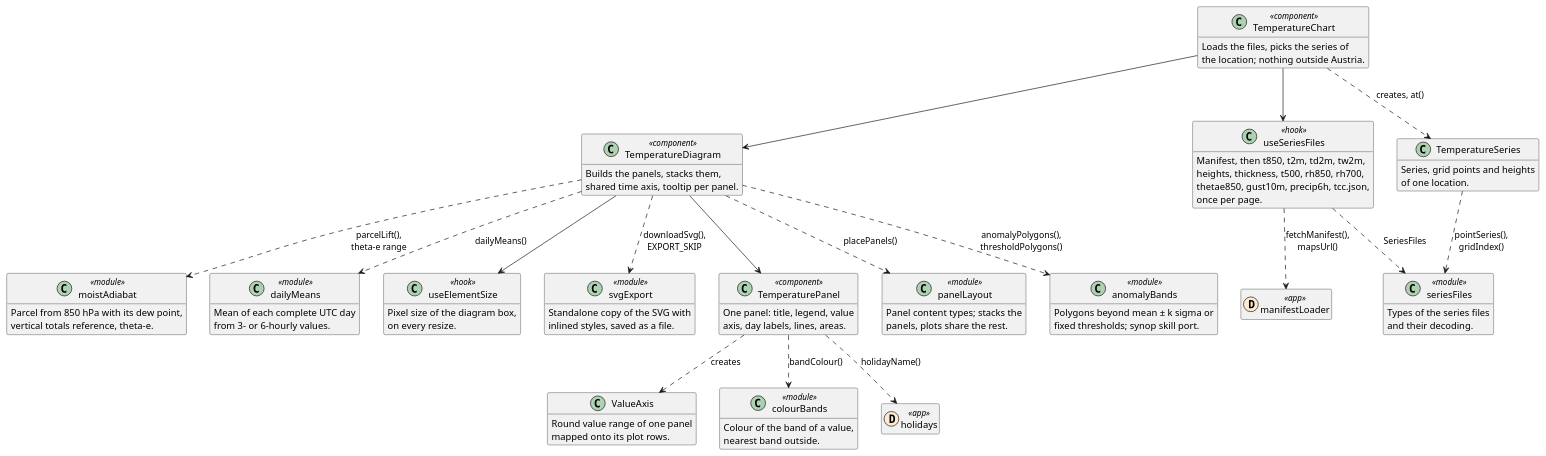
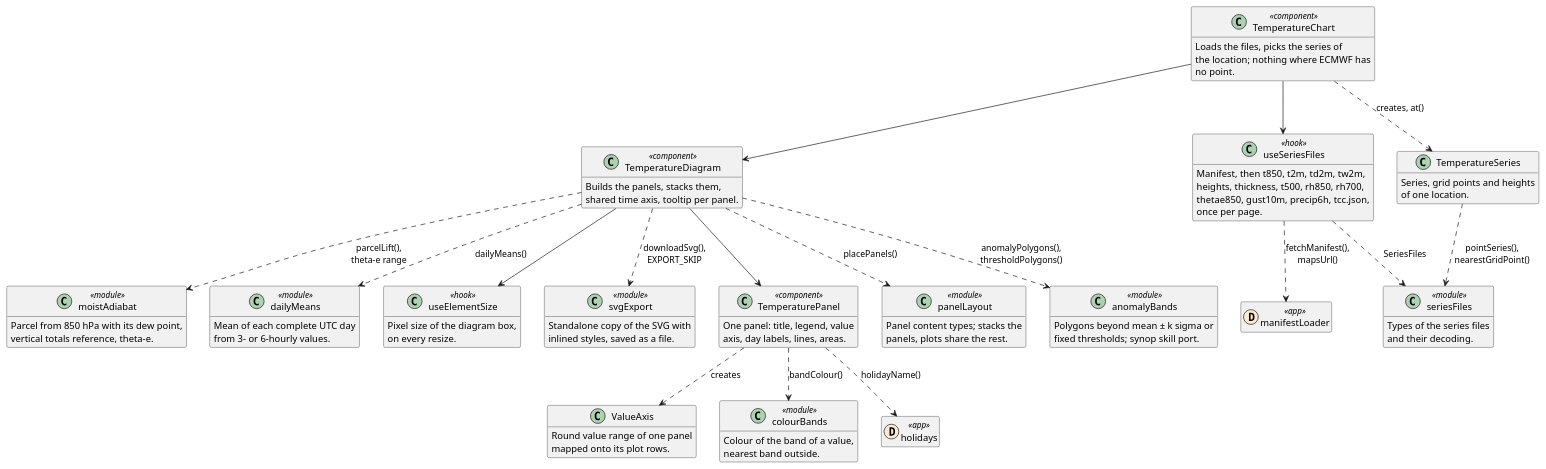
One commit to schletz/wetterkartenviewer changed the second of 4 diagrams in REFERENCE.webapp.md. Above: the diagram before and after it, drawn with PlantUML. The commit also changed other lines of this file and 10 other files, not shown here.

First line of the commit message:
Extend the ECMWF series to Austria and Hungary [skip ci]

````diff
--- a/REFERENCE.webapp.md
+++ b/REFERENCE.webapp.md
@@ -173,81 +173,82 @@
 ```plantuml
 @startuml temperature
 hide empty members
 class TemperatureChart <<component>> {
  Loads the files, picks the series of
- the location; nothing outside Austria.
+ the location; nothing where ECMWF has
+ no point.
 }
 class TemperatureDiagram <<component>> {
  Builds the panels, stacks them,
  shared time axis, tooltip per panel.
 }
 class TemperaturePanel <<component>> {
  One panel: title, legend, value
  axis, day labels, lines, areas.
 }
 class useSeriesFiles <<hook>> {
  Manifest, then t850, t2m, td2m, tw2m,
  heights, thickness, t500, rh850, rh700,
  thetae850, gust10m, precip6h, tcc.json,
  once per page.
 }
 class TemperatureSeries {
  Series, grid points and heights
  of one location.
 }
 class panelLayout <<module>> {
  Panel content types; stacks the
  panels, plots share the rest.
 }
 class ValueAxis {
  Round value range of one panel
  mapped onto its plot rows.
 }
 class anomalyBands <<module>> {
  Polygons beyond mean ± k sigma or
  fixed thresholds; synop skill port.
 }
 class moistAdiabat <<module>> {
  Parcel from 850 hPa with its dew point,
  vertical totals reference, theta-e.
 }
 class dailyMeans <<module>> {
  Mean of each complete UTC day
  from 3- or 6-hourly values.
 }
 class colourBands <<module>> {
  Colour of the band of a value,
  nearest band outside.
 }
 class seriesFiles <<module>> {
  Types of the series files
  and their decoding.
 }
 class useElementSize <<hook>> {
  Pixel size of the diagram box,
  on every resize.
 }
 class svgExport <<module>> {
  Standalone copy of the SVG with
  inlined styles, saved as a file.
 }
 class manifestLoader << (D,#fdebd1) app >>
 class holidays << (D,#fdebd1) app >>
 TemperatureChart --> useSeriesFiles
 TemperatureChart ..> TemperatureSeries : creates, at()
 TemperatureChart --> TemperatureDiagram
 useSeriesFiles ..> manifestLoader : fetchManifest(),\nmapsUrl()
 useSeriesFiles ..> seriesFiles : SeriesFiles
-TemperatureSeries ..> seriesFiles : pointSeries(),\ngridIndex()
+TemperatureSeries ..> seriesFiles : pointSeries(),\nnearestGridPoint()
 TemperatureDiagram ..> panelLayout : placePanels()
 TemperatureDiagram ..> anomalyBands : anomalyPolygons(),\nthresholdPolygons()
 TemperatureDiagram ..> moistAdiabat : parcelLift(),\ntheta-e range
 TemperatureDiagram ..> dailyMeans : dailyMeans()
 TemperatureDiagram --> TemperaturePanel
 TemperatureDiagram --> useElementSize
 TemperatureDiagram ..> svgExport : downloadSvg(),\nEXPORT_SKIP
 TemperaturePanel ..> ValueAxis : creates
 TemperaturePanel ..> holidays : holidayName()
 TemperaturePanel ..> colourBands : bandColour()
 @enduml
 ```
````
